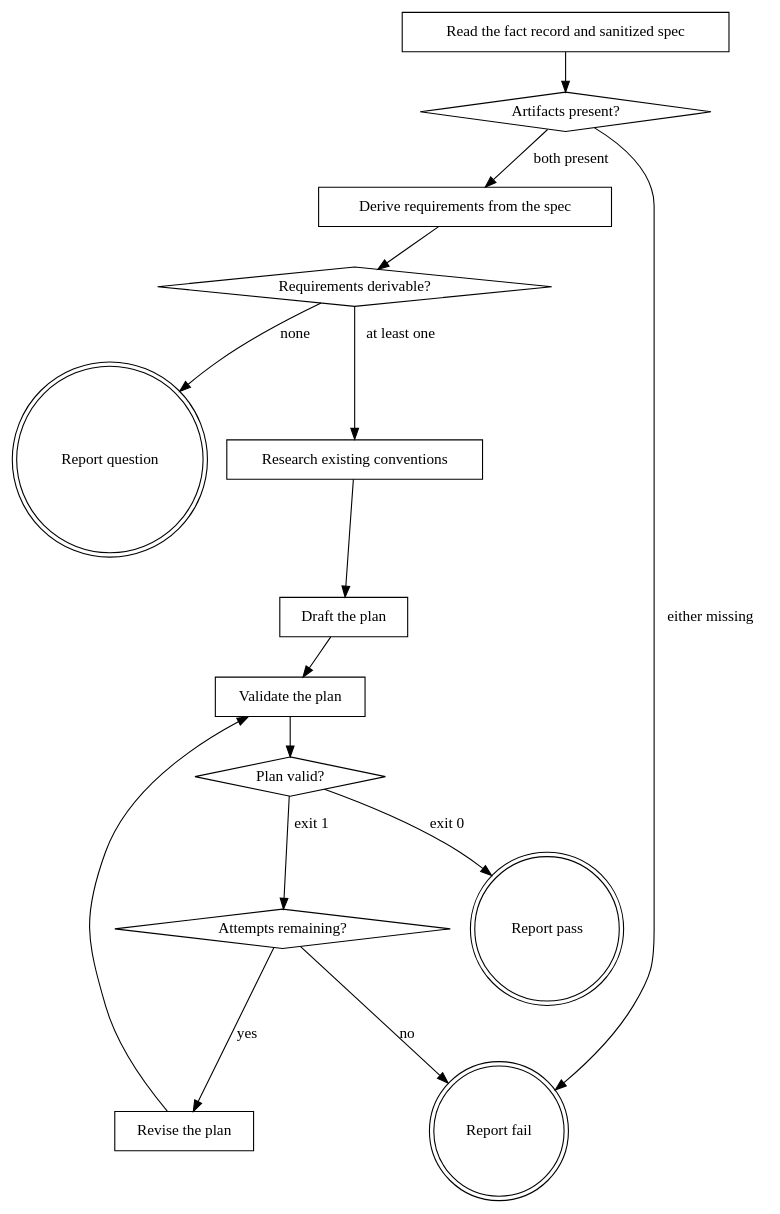
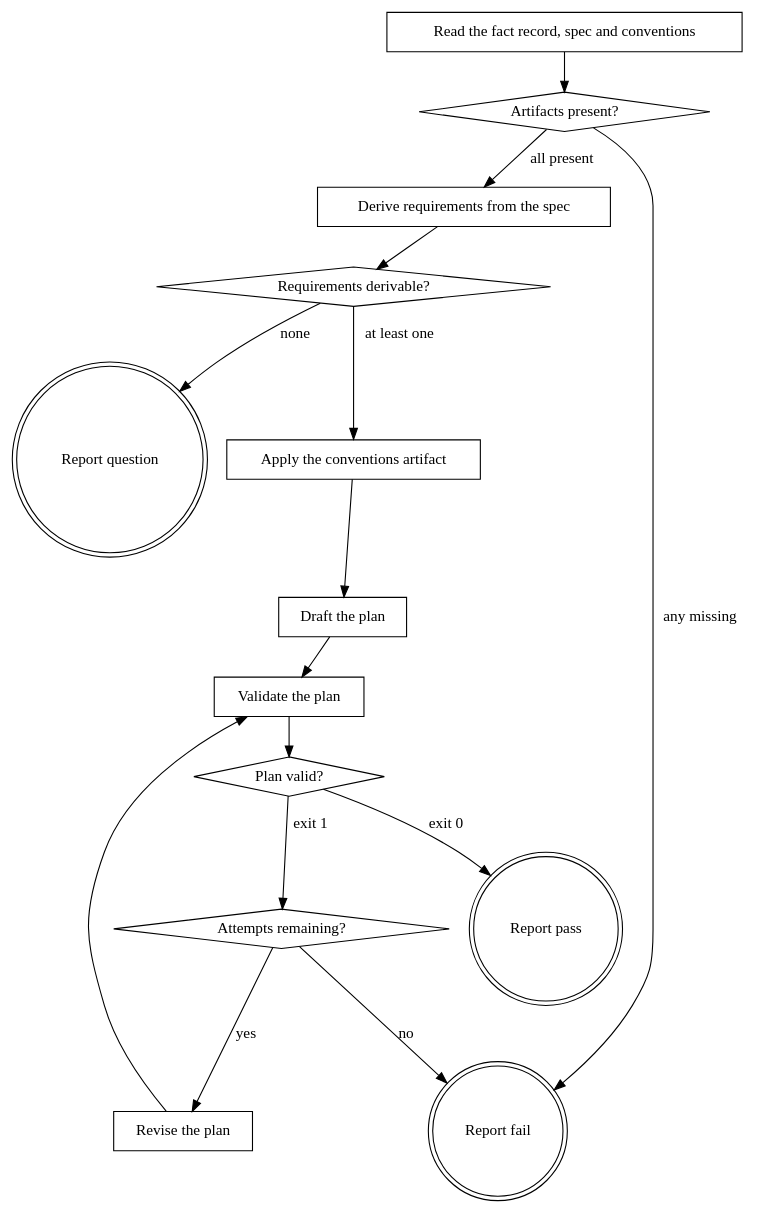
Before and after one commit to agenticDraft/aem-eds-ai-workflow-demo: the diagram in plugins/eds/skills/eds-plan/SKILL.md, drawn with Graphviz. The commit also changed other lines of this file and 10 other files, not shown here.

````diff
--- a/plugins/eds/skills/eds-plan/SKILL.md
+++ b/plugins/eds/skills/eds-plan/SKILL.md
@@ -27,32 +32,32 @@
 ```dot
 digraph eds_plan {
-    "Read the fact record and sanitized spec" [shape=box];
+    "Read the fact record, spec and conventions" [shape=box];
     "Artifacts present?" [shape=diamond];
     "Derive requirements from the spec" [shape=box];
     "Requirements derivable?" [shape=diamond];
-    "Research existing conventions" [shape=box];
+    "Apply the conventions artifact" [shape=box];
     "Draft the plan" [shape=box];
     "Validate the plan" [shape=box];
     "Plan valid?" [shape=diamond];
     "Attempts remaining?" [shape=diamond];
     "Revise the plan" [shape=box];
     "Report fail" [shape=doublecircle];
     "Report pass" [shape=doublecircle];
     "Report question" [shape=doublecircle];
 
-    "Read the fact record and sanitized spec" -> "Artifacts present?";
-    "Artifacts present?" -> "Derive requirements from the spec" [label="both present"];
-    "Artifacts present?" -> "Report fail" [label="either missing"];
+    "Read the fact record, spec and conventions" -> "Artifacts present?";
+    "Artifacts present?" -> "Derive requirements from the spec" [label="all present"];
+    "Artifacts present?" -> "Report fail" [label="any missing"];
     "Derive requirements from the spec" -> "Requirements derivable?";
-    "Requirements derivable?" -> "Research existing conventions" [label="at least one"];
+    "Requirements derivable?" -> "Apply the conventions artifact" [label="at least one"];
     "Requirements derivable?" -> "Report question" [label="none"];
-    "Research existing conventions" -> "Draft the plan";
+    "Apply the conventions artifact" -> "Draft the plan";
     "Draft the plan" -> "Validate the plan";
     "Validate the plan" -> "Plan valid?";
     "Plan valid?" -> "Report pass" [label="exit 0"];
     "Plan valid?" -> "Attempts remaining?" [label="exit 1"];
     "Attempts remaining?" -> "Revise the plan" [label="yes"];
     "Attempts remaining?" -> "Report fail" [label="no"];
     "Revise the plan" -> "Validate the plan";
 }
 ```
````
